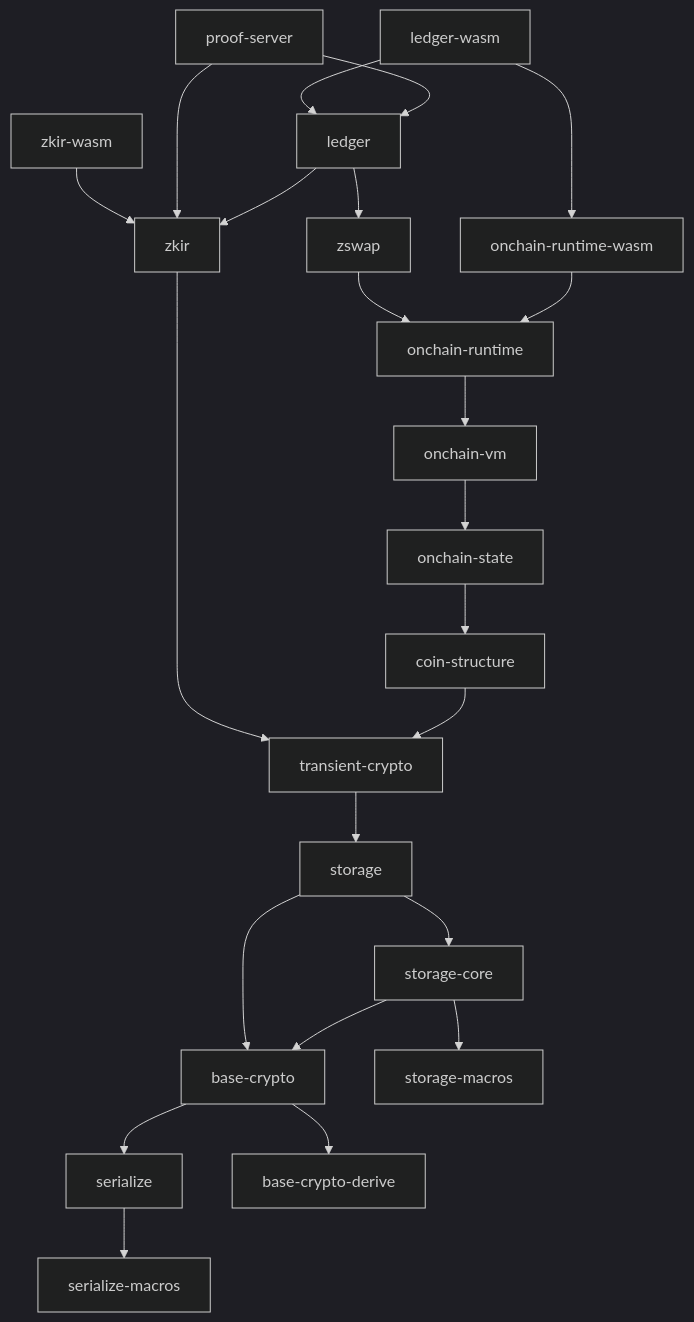
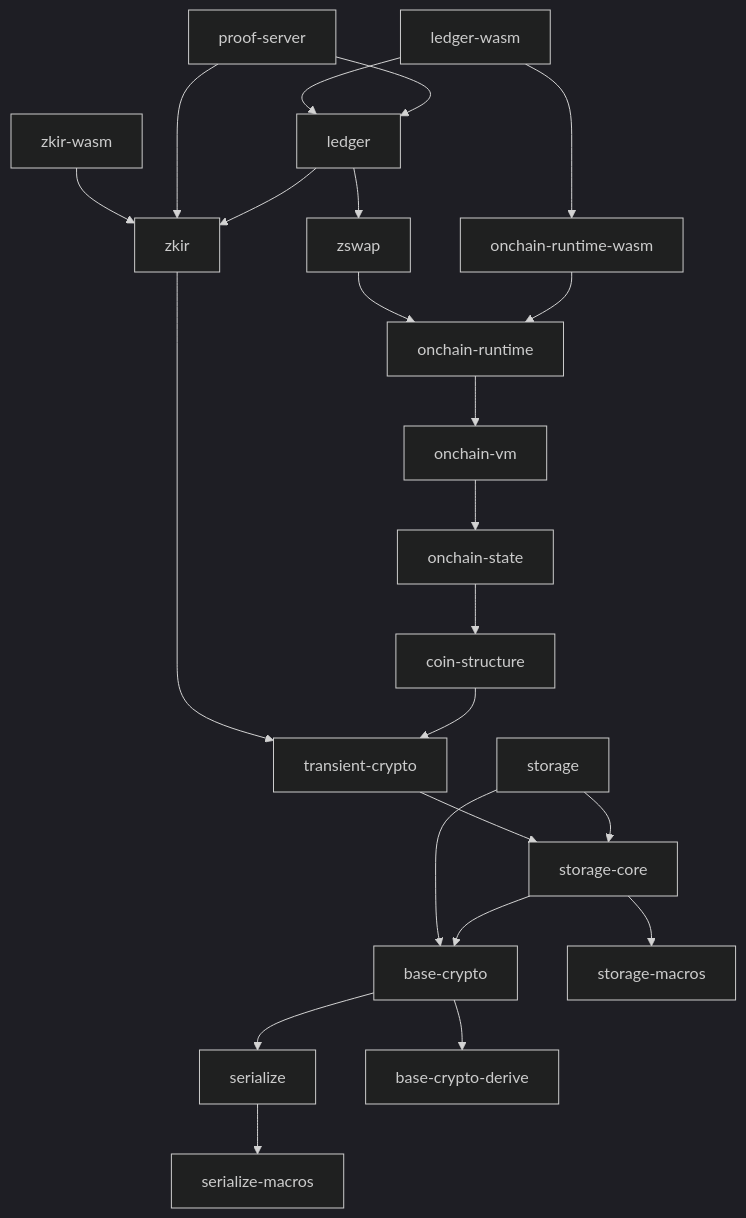
One commit to midnightntwrk/midnight-ledger changed the diagram in README.md. Above: the diagram before and after it, drawn with Mermaid (dark theme). The commit also changed 7 other files, not shown here.

Commit message:
Change dep of `transient-crypto` to `storage-core`.

````diff
--- a/README.md
+++ b/README.md
@@ -83,25 +83,25 @@
 ```mermaid
 graph TD;
     ledger-wasm-->ledger;
     ledger-wasm-->onchain-runtime-wasm;
     zkir-wasm-->zkir;
     proof-server-->ledger;
     proof-server-->zkir;
     ledger-->zswap;
     ledger-->zkir;
     zswap-->onchain-runtime;
     zkir-->transient-crypto;
     onchain-runtime-wasm-->onchain-runtime;
     onchain-runtime-->onchain-vm;
     onchain-vm-->onchain-state;
     onchain-state-->coin-structure;
     coin-structure-->transient-crypto;
-    transient-crypto-->storage;
+    transient-crypto-->storage-core;
     storage-->base-crypto;
     storage-->storage-core;
     storage-core-->base-crypto;
     storage-core-->storage-macros;
     base-crypto-->serialize;
     base-crypto-->base-crypto-derive;
     serialize-->serialize-macros;
 ```
````
